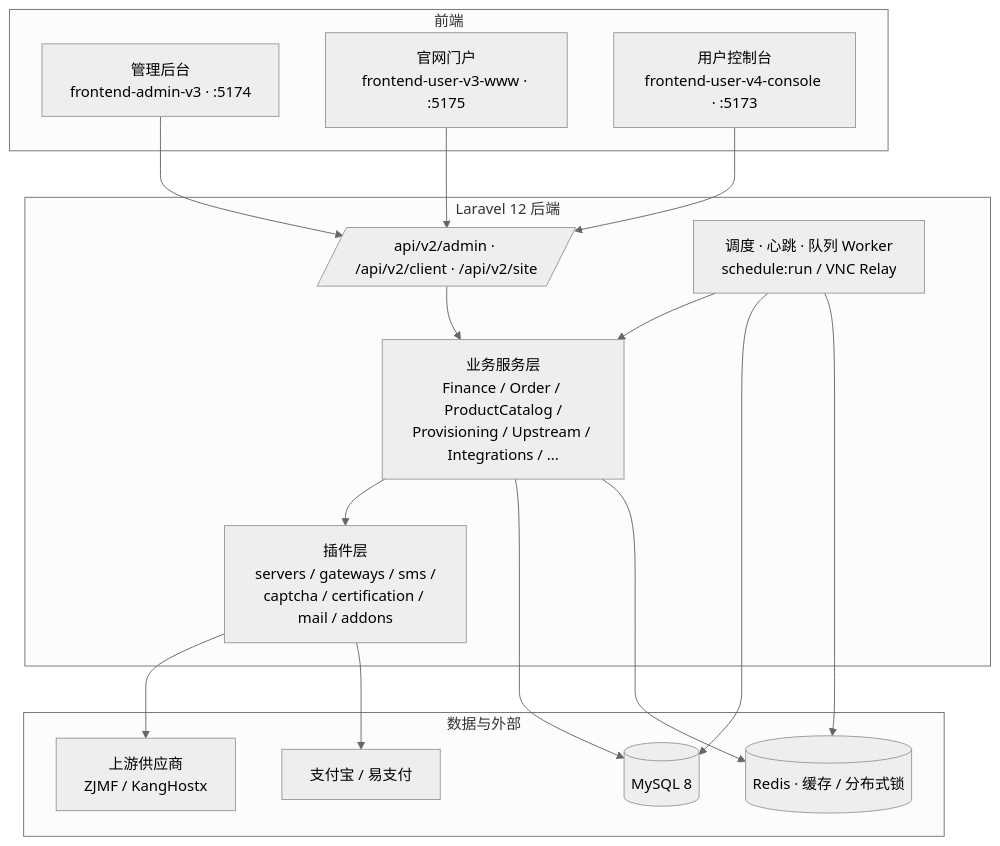
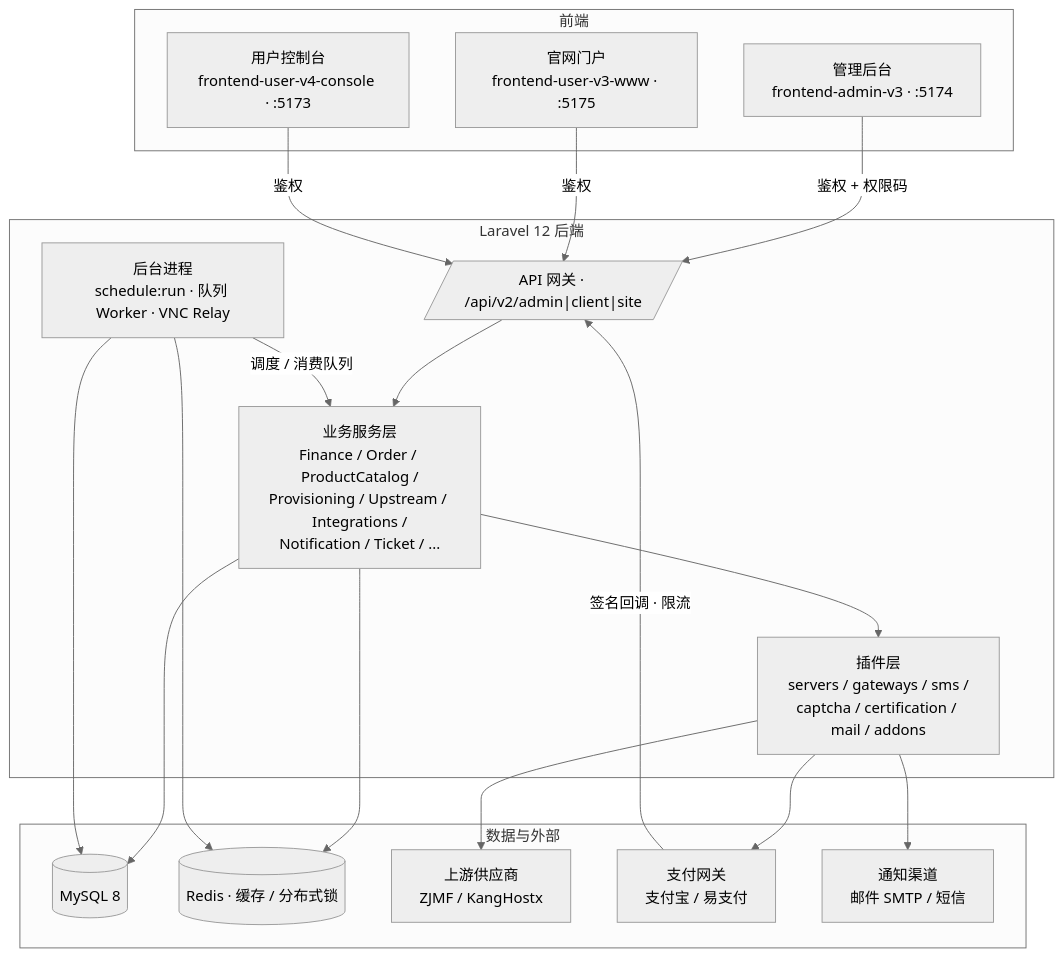
The diagram in README.md (HaoSehu/caiwu), drawn with Mermaid (neutral theme) before and after one commit. The commit also changed other lines of this file and 1 other file, not shown here.

Commit message:
Docs: 更新README架构图并新增QQ交流群二维码

````diff
--- a/README.md
+++ b/README.md
@@ -54,35 +54,38 @@
 ```mermaid
 graph TB
   subgraph Frontend[前端]
     Admin[管理后台<br/>frontend-admin-v3 · :5174]
     WWW[官网门户<br/>frontend-user-v3-www · :5175]
     Console[用户控制台<br/>frontend-user-v4-console · :5173]
   end
 
   subgraph Backend[Laravel 12 后端]
-    API[/api/v2/admin · /api/v2/client · /api/v2/site/]
-    Service[业务服务层<br/>Finance / Order / ProductCatalog /<br/>Provisioning / Upstream / Integrations / ...]
+    API[/API 网关 · /api/v2/admin|client|site/]
+    Service[业务服务层<br/>Finance / Order / ProductCatalog /<br/>Provisioning / Upstream / Integrations /<br/>Notification / Ticket / ...]
     Plugin[插件层<br/>servers / gateways / sms /<br/>captcha / certification / mail / addons]
-    Auto[调度 · 心跳 · 队列 Worker<br/>schedule:run / VNC Relay]
+    Auto[后台进程<br/>schedule:run · 队列 Worker · VNC Relay]
   end
 
   subgraph Data[数据与外部]
     MySQL[(MySQL 8)]
     Redis[(Redis · 缓存 / 分布式锁)]
     Upstream[上游供应商<br/>ZJMF / KangHostx]
-    PayGW[支付宝 / 易支付]
+    PayGW[支付网关<br/>支付宝 / 易支付]
+    Notify[通知渠道<br/>邮件 SMTP / 短信]
   end
 
-  Admin --> API
-  WWW --> API
-  Console --> API
+  Admin -->|鉴权 + 权限码| API
+  WWW -->|鉴权| API
+  Console -->|鉴权| API
+  PayGW -->|签名回调 · 限流| API
   API --> Service
   Service --> Plugin
   Service --> MySQL
   Service --> Redis
   Plugin --> Upstream
   Plugin --> PayGW
-  Auto --> Service
+  Plugin --> Notify
+  Auto -->|调度 / 消费队列| Service
   Auto --> MySQL
   Auto --> Redis
 ```
````
